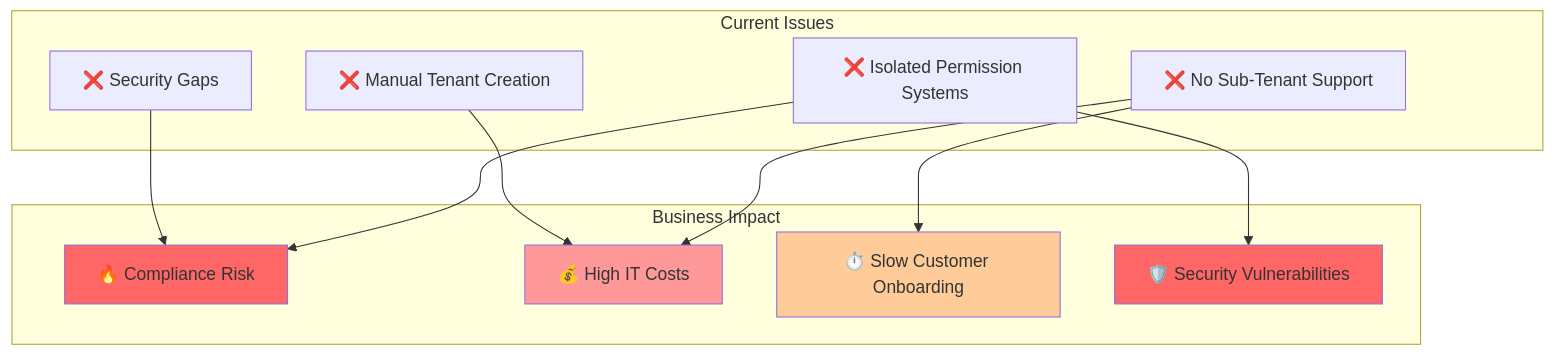
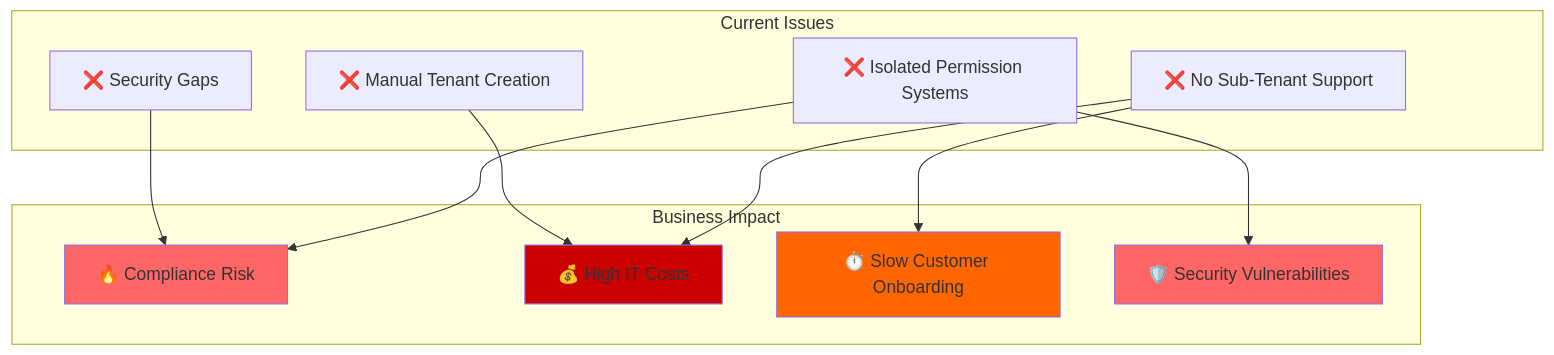
The first of 21 diagrams in docs/architecture/challenges-and-solutions.md (hi-dil/SSO-POC), drawn with Mermaid before and after one commit. The commit also changed other lines of this file, not shown here.

````diff
--- a/docs/architecture/challenges-and-solutions.md
+++ b/docs/architecture/challenges-and-solutions.md
@@ -23,28 +20,28 @@
 ```mermaid
 graph TB
     subgraph "Current Issues"
         P1[❌ Isolated Permission Systems]
         P2[❌ No Sub-Tenant Support]
         P3[❌ Manual Tenant Creation]
         P4[❌ Security Gaps]
     end
     
     subgraph "Business Impact"
         B1[🔥 Compliance Risk]
         B2[💰 High IT Costs]
         B3[⏱️ Slow Customer Onboarding]
         B4[🛡️ Security Vulnerabilities]
     end
     
     P1 --> B1
     P1 --> B4
     P2 --> B2
     P2 --> B3
     P3 --> B2
     P4 --> B1
     
     style B1 fill:#ff6666
-    style B2 fill:#ff9999
-    style B3 fill:#ffcc99
+    style B2 fill:#cc0000
+    style B3 fill:#ff6600
     style B4 fill:#ff6666
 ```
````
